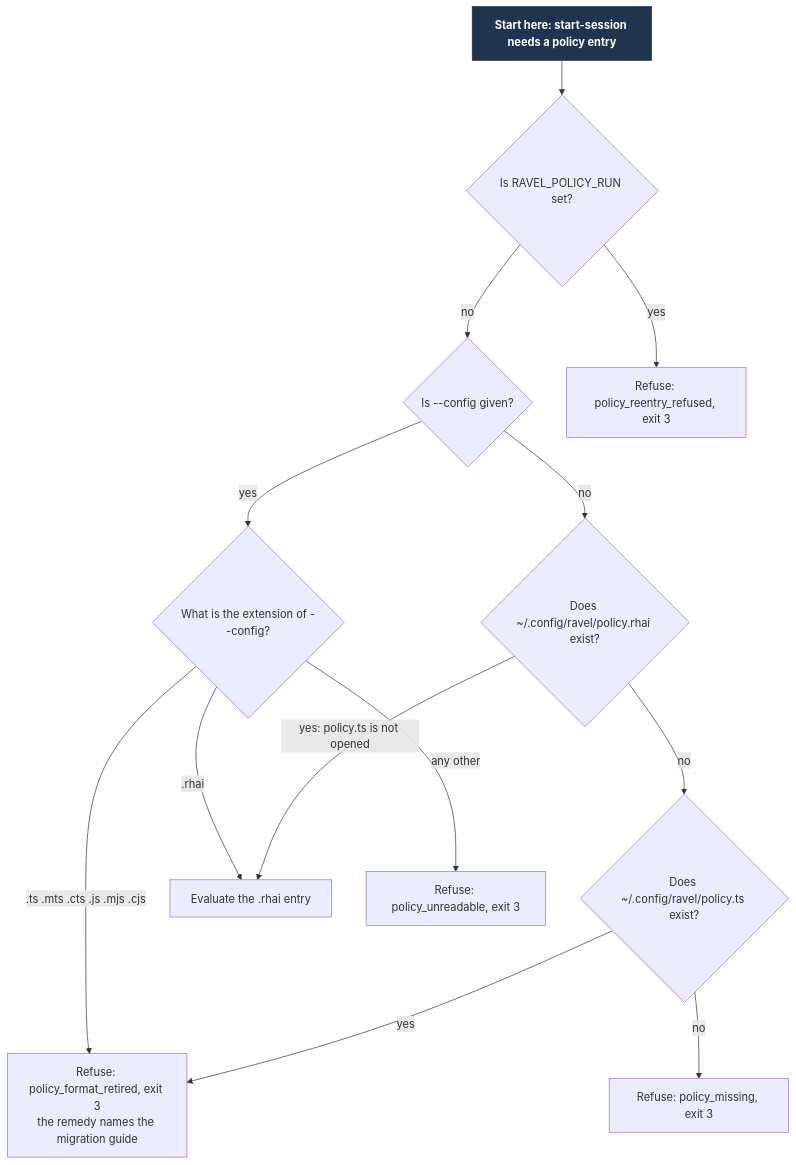
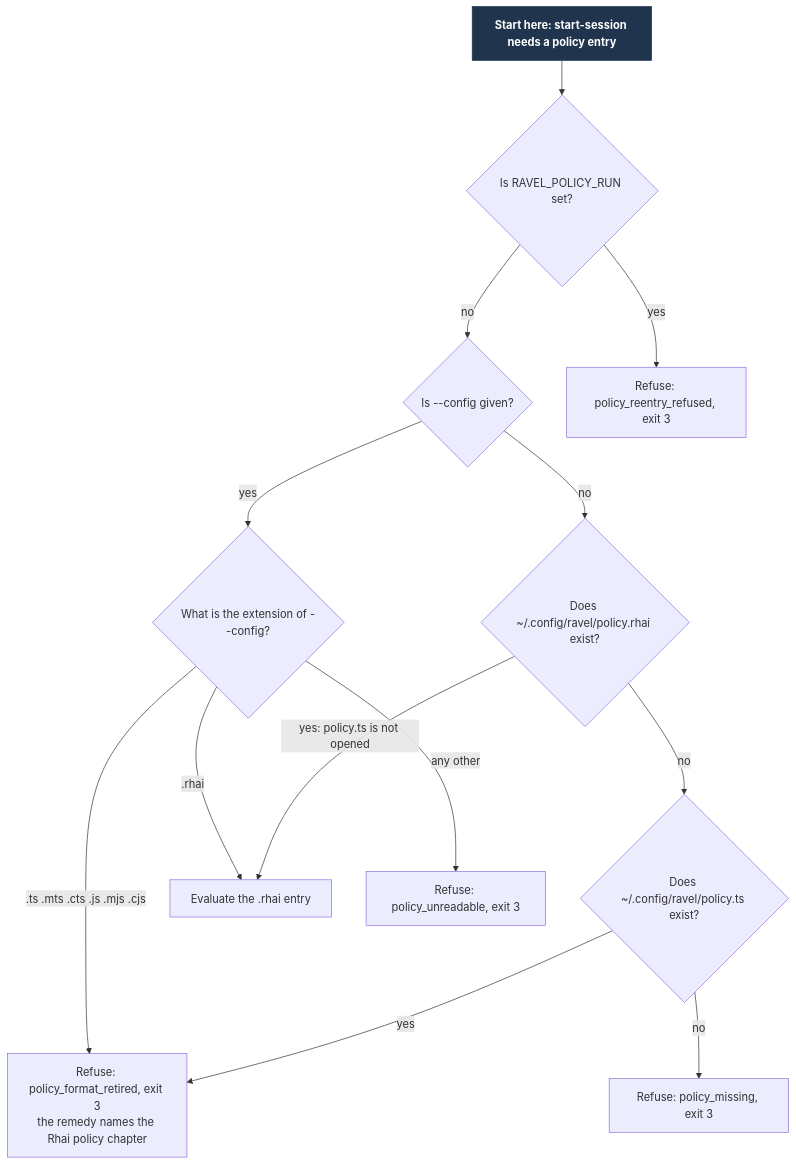
Before and after one commit to Linkuistics/Ravel: the diagram in docs/design/rhai-policy/entry-precedence.mmd, drawn with Mermaid. The commit also changed 15 other files, not shown here.

Commit message:
rhai-book-use-k27: teach Rhai policies without a migration chapter

```diff
--- a/docs/design/rhai-policy/entry-precedence.mmd
+++ b/docs/design/rhai-policy/entry-precedence.mmd
@@ -1,26 +1,26 @@
 flowchart TD
   start["Start here: start-session needs a policy entry"]
   reentry{"Is RAVEL_POLICY_RUN set?"}
   config{"Is --config given?"}
   ext{"What is the extension of --config?"}
   rhai{"Does ~/.config/ravel/policy.rhai exist?"}
   ts{"Does ~/.config/ravel/policy.ts exist?"}
   eval["Evaluate the .rhai entry"]
-  retired["Refuse: policy_format_retired, exit 3<br/>the remedy names the migration guide"]
+  retired["Refuse: policy_format_retired, exit 3<br/>the remedy names the Rhai policy chapter"]
   missing["Refuse: policy_missing, exit 3"]
   unreadable["Refuse: policy_unreadable, exit 3"]
   reent["Refuse: policy_reentry_refused, exit 3"]
   start --> reentry
   reentry -->|yes| reent
   reentry -->|no| config
   config -->|yes| ext
   ext -->|".rhai"| eval
   ext -->|".ts .mts .cts .js .mjs .cjs"| retired
   ext -->|"any other"| unreadable
   config -->|no| rhai
   rhai -->|"yes: policy.ts is not opened"| eval
   rhai -->|no| ts
   ts -->|yes| retired
   ts -->|no| missing
   classDef start fill:#20344d,color:#fff,stroke:#20344d,font-weight:bold
   class start start
```
